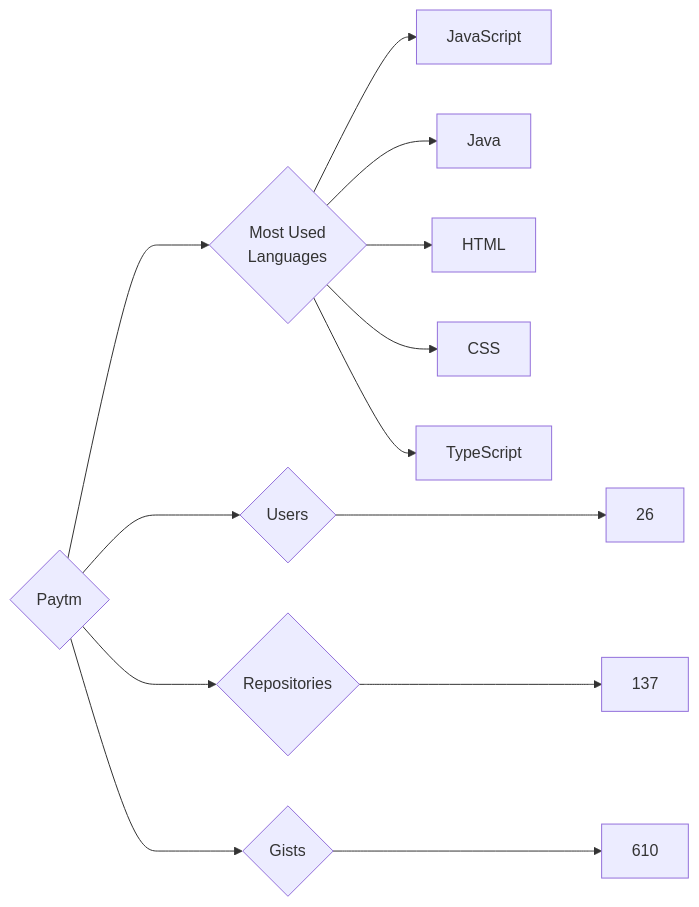
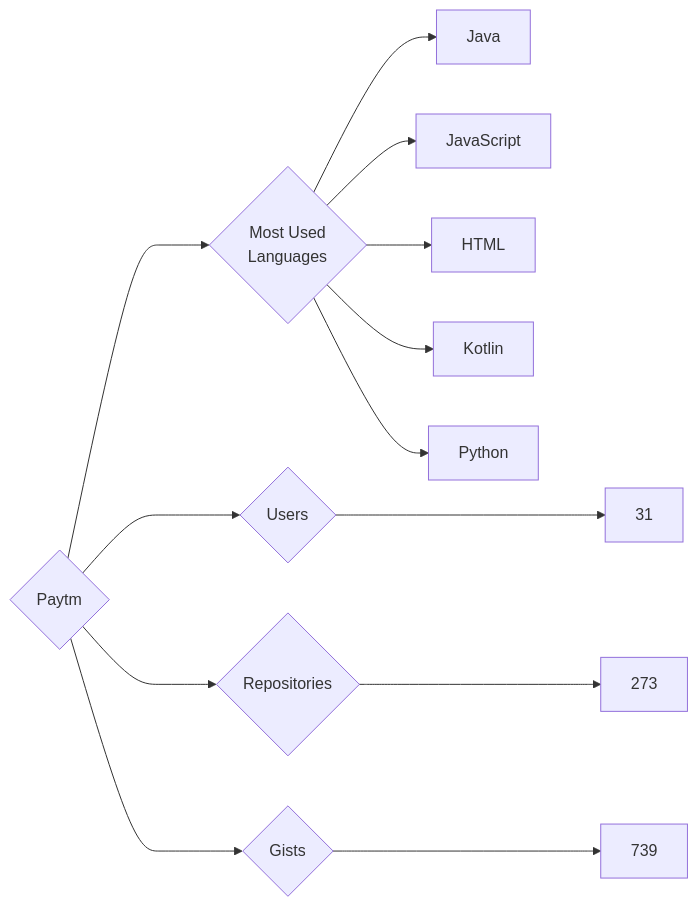
One commit to trickest/insiders changed the diagram in targets/Paytm/README.md. Above: the diagram before and after it, drawn with Mermaid. The commit also changed 939 other files, not shown here.

````diff
--- a/targets/Paytm/README.md
+++ b/targets/Paytm/README.md
@@ -3,13 +3,13 @@
 ```mermaid
 graph LR
 COMPANY_NAME{Paytm}
-COMPANY_NAME ---> U{Users} ---> UN[26]
-COMPANY_NAME ---> R{Repositories} ---> RN[137]
-COMPANY_NAME ---> G{Gists} ---> GN[610]
+COMPANY_NAME ---> U{Users} ---> UN[31]
+COMPANY_NAME ---> R{Repositories} ---> RN[273]
+COMPANY_NAME ---> G{Gists} ---> GN[739]
 COMPANY_NAME ---> ML{Most Used<br>Languages}
+ML --> Java[Java]
 ML --> JavaScript[JavaScript]
-ML --> Java[Java]
 ML --> HTML[HTML]
-ML --> CSS[CSS]
-ML --> TypeScript[TypeScript]
+ML --> Kotlin[Kotlin]
+ML --> Python[Python]
 ```
````
